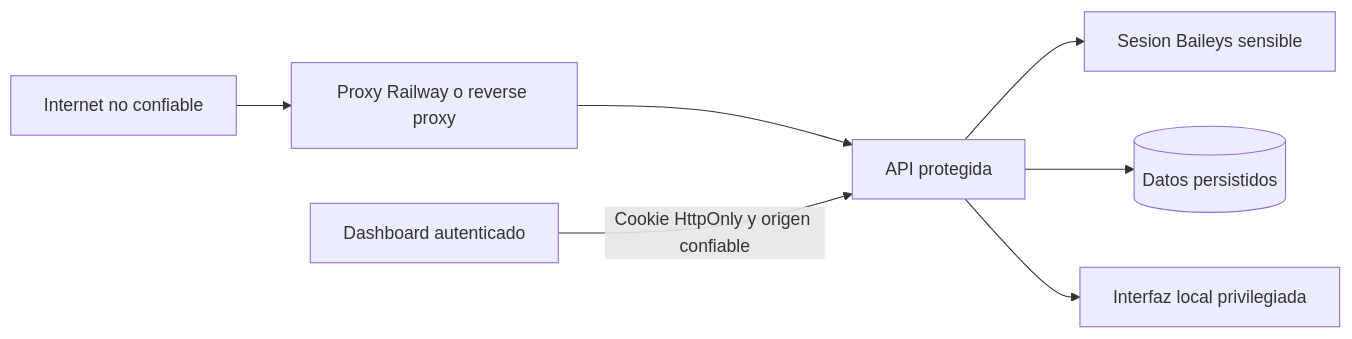
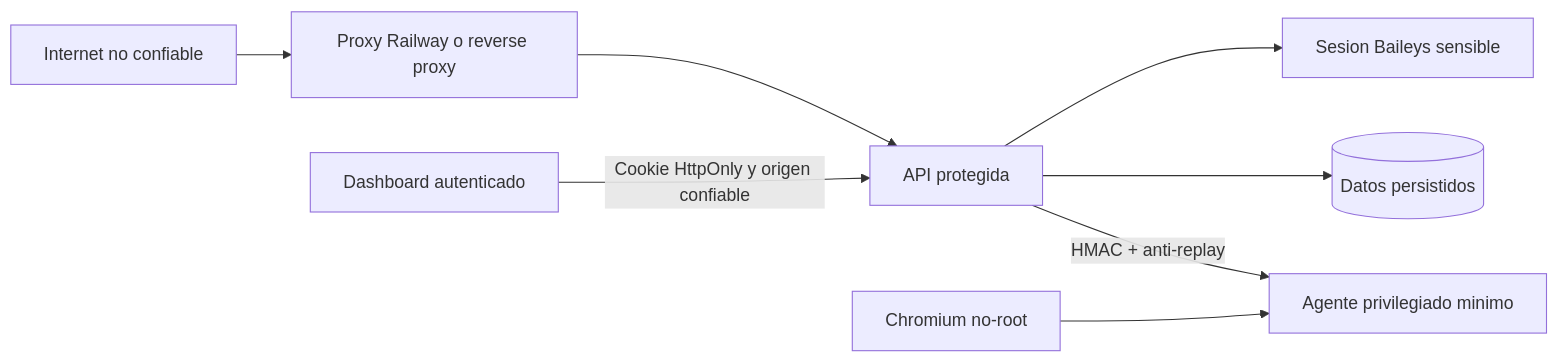
Before and after one commit to deco31416/wp-monitor: the third of 3 diagrams in docs/architecture/README.md, drawn with Mermaid. The commit also changed other lines of this file and 74 other files, not shown here.

````diff
--- a/docs/architecture/README.md
+++ b/docs/architecture/README.md
@@ -135,16 +147,18 @@
 ```mermaid
 flowchart LR
     Public[Internet no confiable]
     Proxy[Proxy Railway o reverse proxy]
     API[API protegida]
     Browser[Dashboard autenticado]
     Session[Sesion Baileys sensible]
     Mongo[(Datos persistidos)]
-    Capture[Interfaz local privilegiada]
+    BrowserWA[Chromium no-root]
+    Capture[Agente privilegiado minimo]
 
     Public --> Proxy --> API
     Browser -->|Cookie HttpOnly y origen confiable| API
     API --> Session
     API --> Mongo
-    API --> Capture
+    API -->|HMAC + anti-replay| Capture
+    BrowserWA --> Capture
 ```
````
